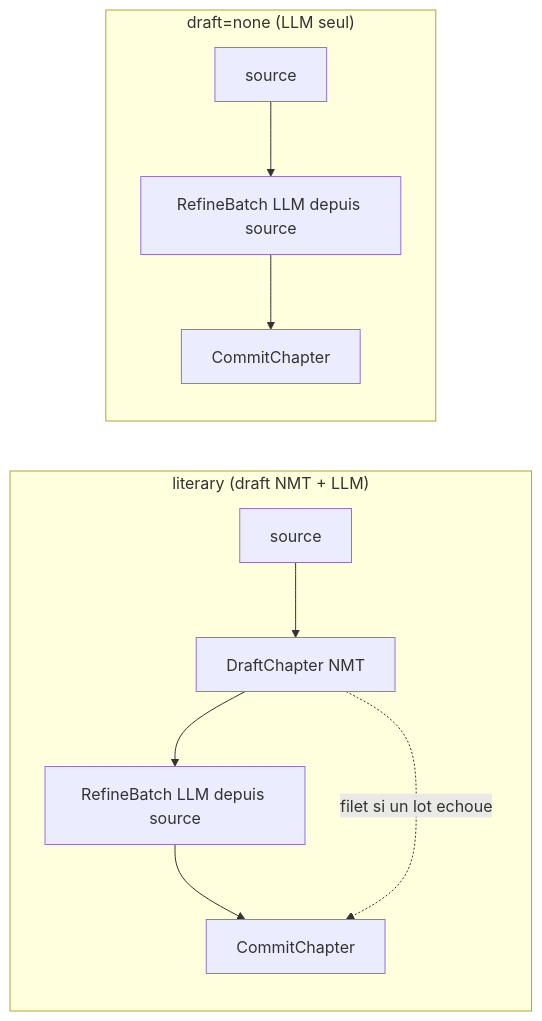
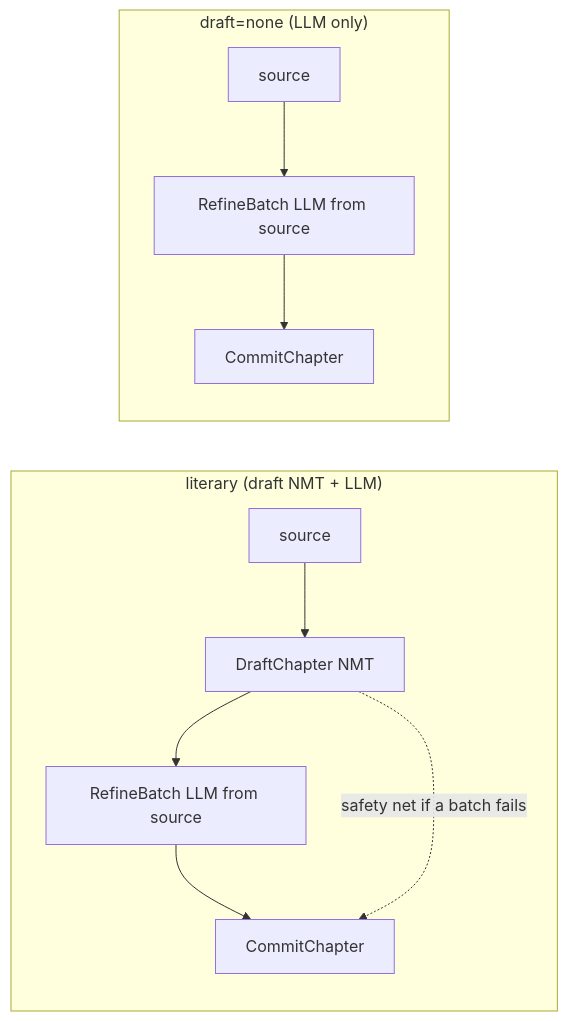
Before and after one commit to ECecillo/tomeshift: the diagram in docs/rfcs/0010-llm-only-literary-translation.md, drawn with Mermaid. The commit also changed other lines of this file, not shown here.

````diff
--- a/docs/rfcs/0010-llm-only-literary-translation.md
+++ b/docs/rfcs/0010-llm-only-literary-translation.md
@@ -43,10 +43,10 @@
 ```mermaid
 flowchart LR
-  subgraph Aujourdhui["literary (draft NMT + LLM)"]
-    S1[source] --> D1[DraftChapter NMT] --> R1[RefineBatch LLM depuis source] --> C1[CommitChapter]
-    D1 -. filet si un lot echoue .-> C1
+  subgraph Today["literary (draft NMT + LLM)"]
+    S1[source] --> D1[DraftChapter NMT] --> R1[RefineBatch LLM from source] --> C1[CommitChapter]
+    D1 -. safety net if a batch fails .-> C1
   end
-  subgraph Cible["draft=none (LLM seul)"]
-    S2[source] --> R2[RefineBatch LLM depuis source] --> C2[CommitChapter]
+  subgraph Target["draft=none (LLM only)"]
+    S2[source] --> R2[RefineBatch LLM from source] --> C2[CommitChapter]
   end
 ```
````
